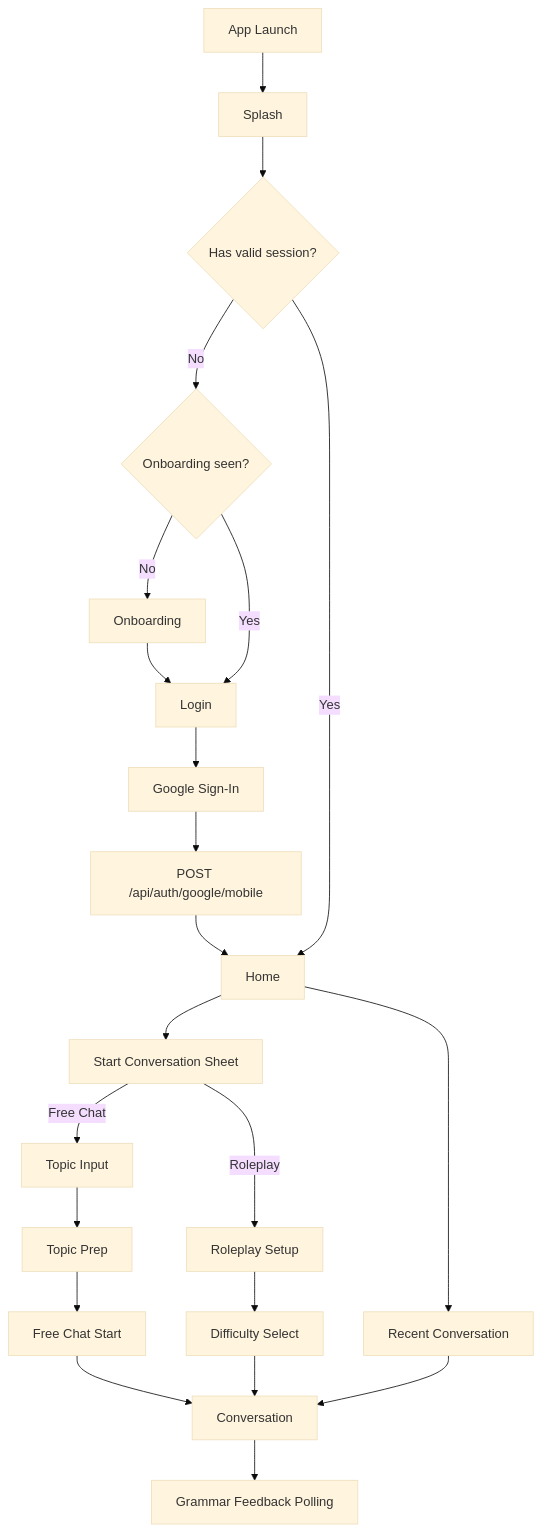
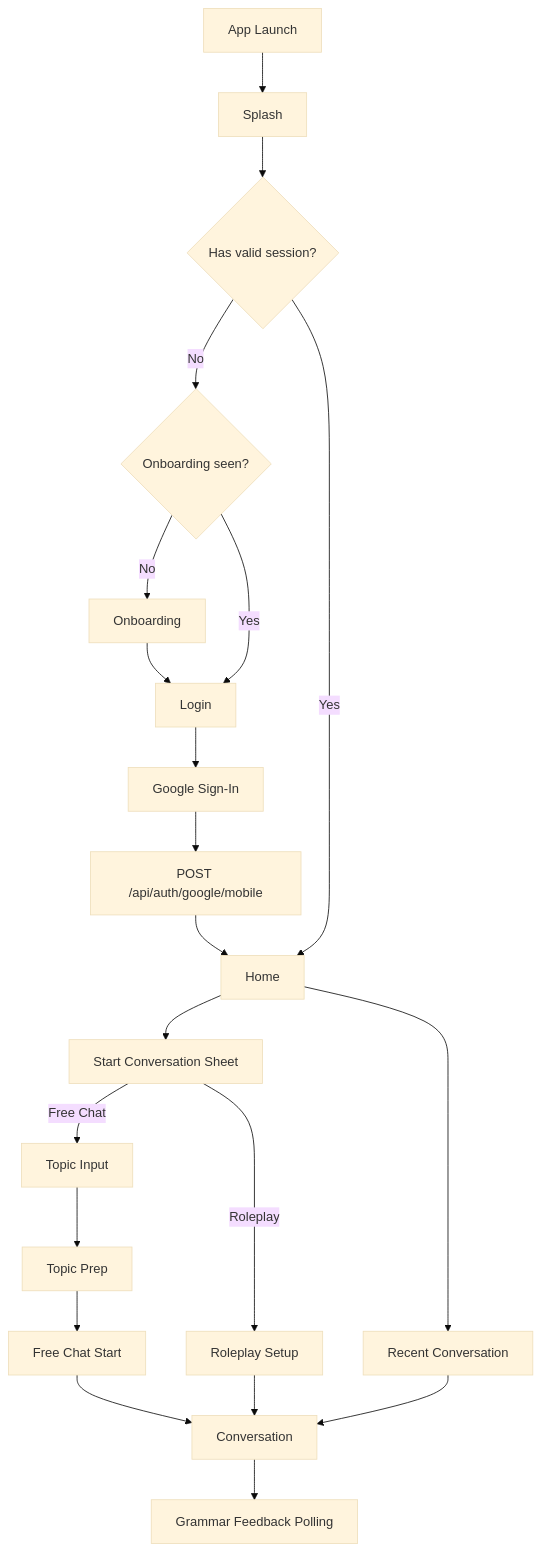
Before and after one commit to Hyun-Jun-Lee/MoreThanHuman: the diagram in docs/mobile-flow-spec.md, drawn with Mermaid (base theme). The commit also changed other lines of this file and 42 other files, not shown here.

````diff
--- a/docs/mobile-flow-spec.md
+++ b/docs/mobile-flow-spec.md
@@ -39,24 +39,23 @@
 ```mermaid
 flowchart TD
   A["App Launch"] --> B["Splash"]
   B --> C{"Has valid session?"}
   C -->|No| D{"Onboarding seen?"}
   D -->|No| E["Onboarding"]
   E --> F["Login"]
   D -->|Yes| F
   F --> G["Google Sign-In"]
   G --> H["POST /api/auth/google/mobile"]
   H --> I["Home"]
   C -->|Yes| I
   I --> J["Start Conversation Sheet"]
   J -->|Free Chat| K["Topic Input"]
   K --> L["Topic Prep"]
   L --> M["Free Chat Start"]
   M --> N["Conversation"]
   J -->|Roleplay| O["Roleplay Setup"]
-  O --> P["Difficulty Select"]
-  P --> N
+  O --> N
   I --> Q["Recent Conversation"]
   Q --> N
   N --> R["Grammar Feedback Polling"]
 ```
````
